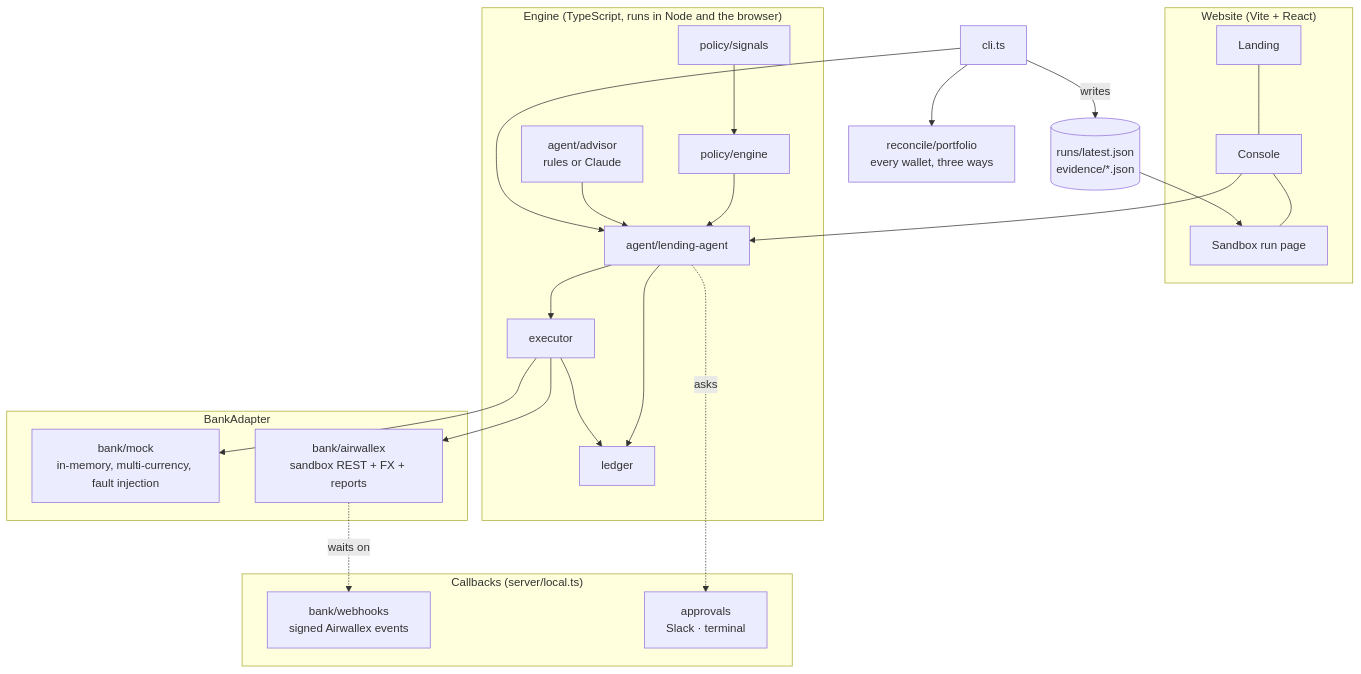
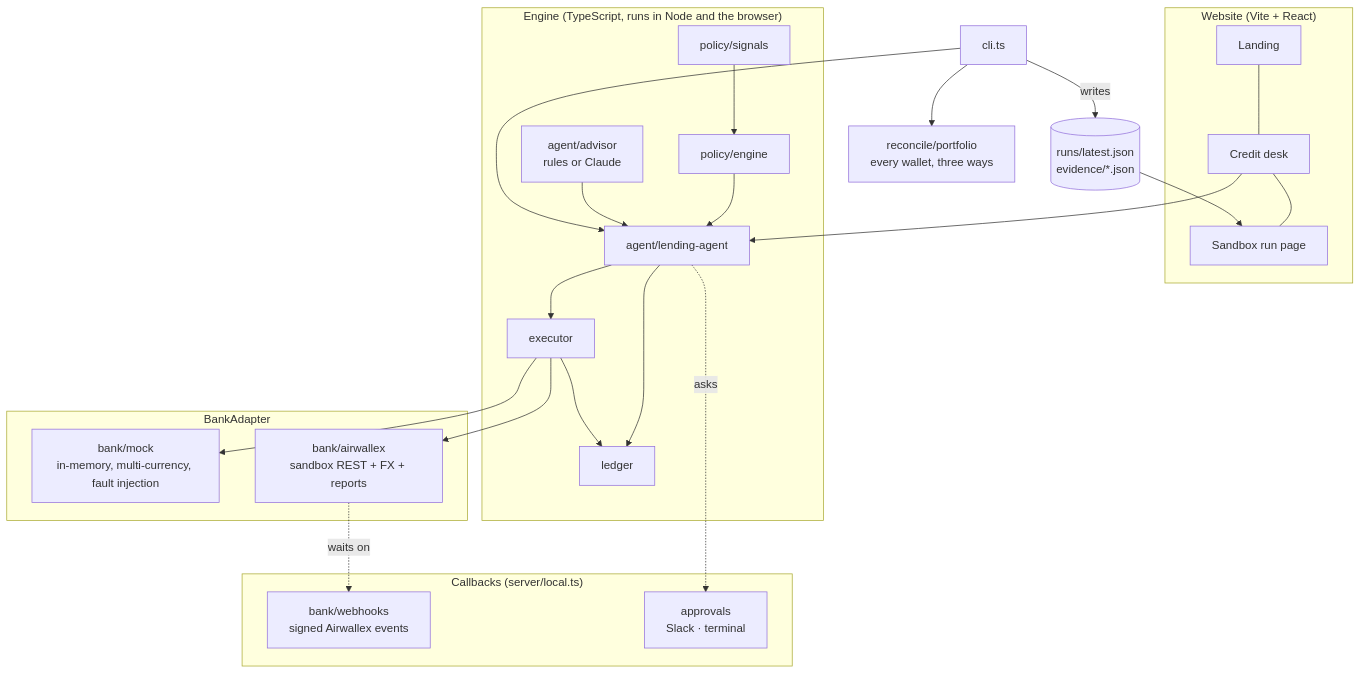
Before and after one commit to softalpha0/Keel: the second of 6 diagrams in README.md, drawn with Mermaid. The commit also changed other lines of this file and 26 other files, not shown here.

Commit message:
Rebrand: dark-first violet, new logo, Credit desk

````diff
--- a/README.md
+++ b/README.md
@@ -104,31 +104,31 @@
 ```mermaid
 flowchart TB
   subgraph Web["Website (Vite + React)"]
-    L[Landing] --- CO[Console] --- RP[Sandbox run page]
+    L[Landing] --- CO[Credit desk] --- RP[Sandbox run page]
   end
   subgraph Engine["Engine (TypeScript, runs in Node and the browser)"]
     SIG[policy/signals] --> ENG[policy/engine]
     ENG --> AG[agent/lending-agent]
     ADV[agent/advisor<br/>rules or Claude] --> AG
     AG --> EX[executor]
     AG --> LED[ledger]
     EX --> LED
   end
   subgraph Banks["BankAdapter"]
     MOCK[bank/mock<br/>in-memory, multi-currency, fault injection]
     AWX[bank/airwallex<br/>sandbox REST + FX + reports]
   end
   subgraph Ops["Callbacks (server/local.ts)"]
     WH[bank/webhooks<br/>signed Airwallex events]
     AP[approvals<br/>Slack · terminal]
   end
   CO --> AG
   EX --> MOCK
   EX --> AWX
   AWX -.waits on.-> WH
   AG -.asks.-> AP
   CLI[cli.ts] --> AG
   CLI --> REC[reconcile/portfolio<br/>every wallet, three ways]
   CLI -->|writes| JSON[(runs/latest.json<br/>evidence/*.json)]
   JSON --> RP
 ```
````
